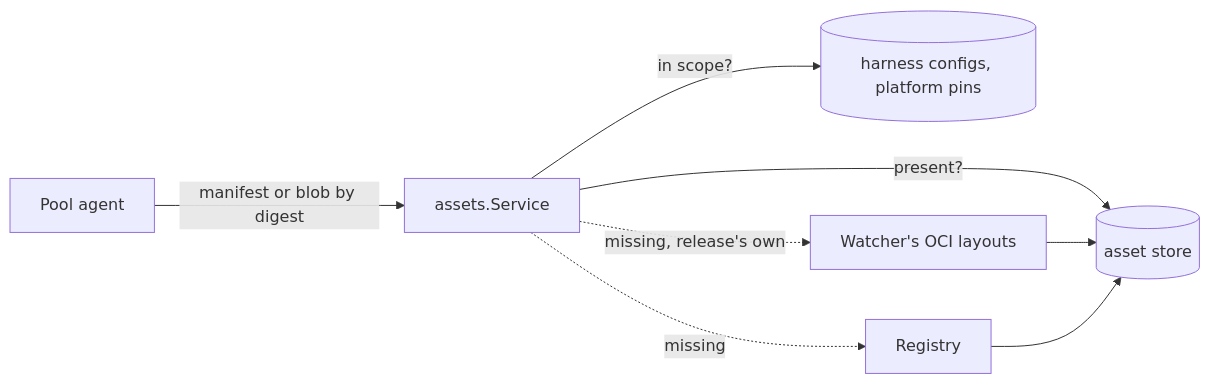
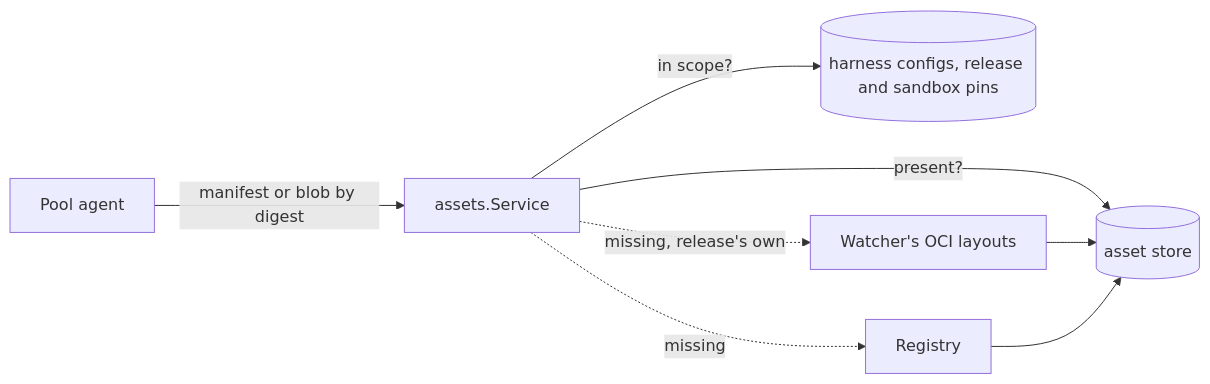
One commit to discobox-ai/discobox changed the diagram in server/internal/resources/assets/DESIGN.md. Above: the diagram before and after it, drawn with Mermaid. The commit also changed other lines of this file and 79 other files, not shown here.

````diff
--- a/server/internal/resources/assets/DESIGN.md
+++ b/server/internal/resources/assets/DESIGN.md
@@ -78,10 +82,10 @@
 ```mermaid
 flowchart LR
     pool[Pool agent] -->|manifest or blob by digest| svc[assets.Service]
-    svc -->|in scope?| db[(harness configs, platform pins)]
+    svc -->|in scope?| db[(harness configs, release and sandbox pins)]
     svc -->|present?| store[(asset store)]
     svc -.->|missing, release's own| layouts[Watcher's OCI layouts]
     svc -.->|missing| registry[Registry]
     layouts --> store
     registry --> store
 ```
````
